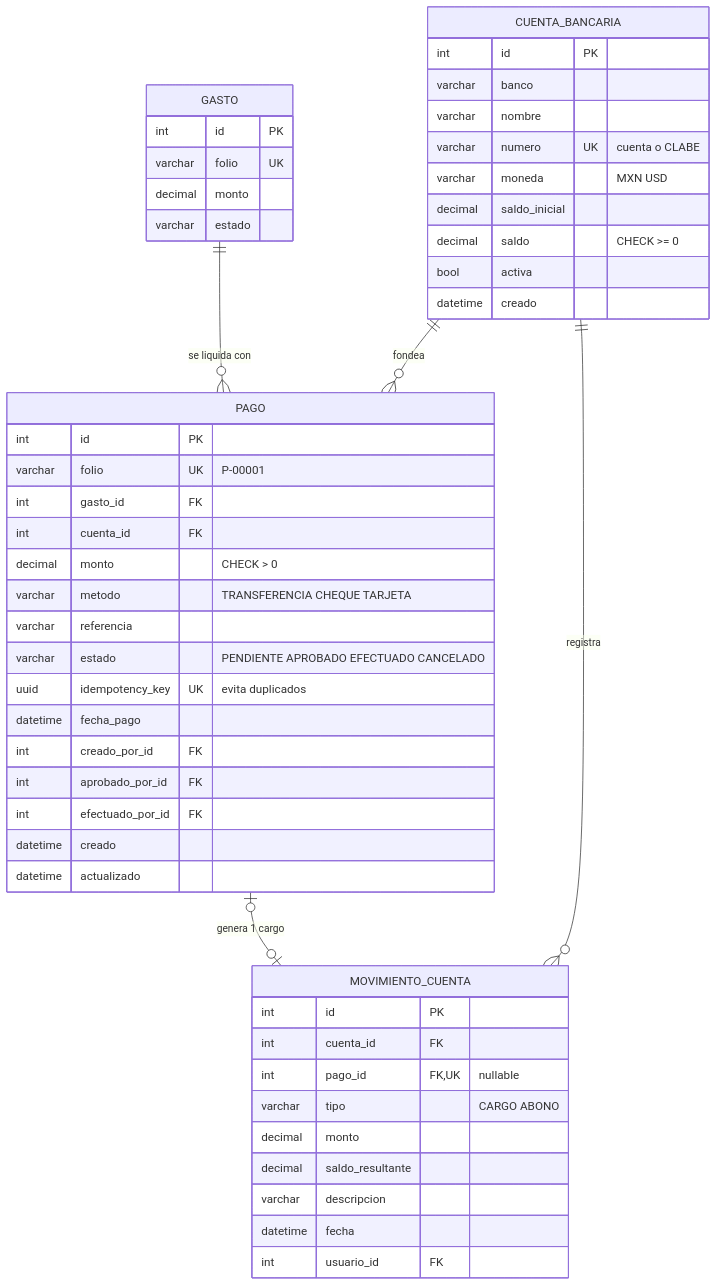
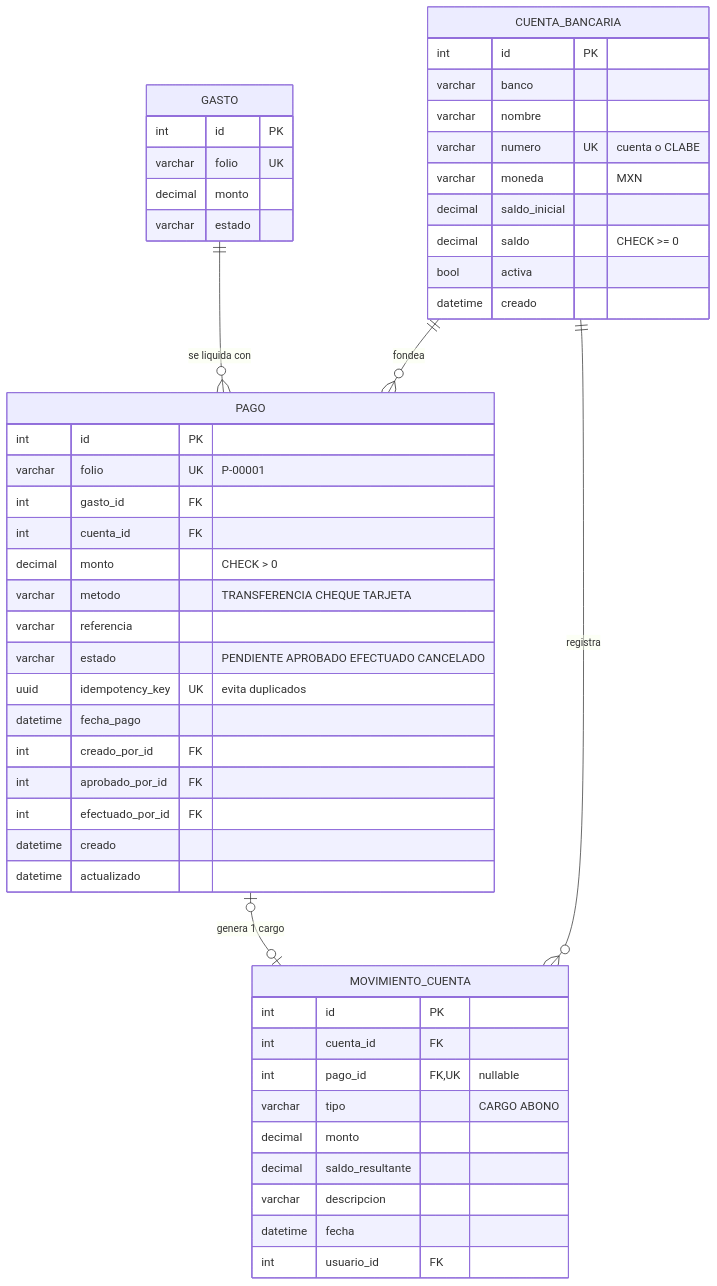
Before and after one commit to mrice2003/gastos-pagos: the diagram in docs/diagramas/er_2_pagos_cuentas.mmd, drawn with Mermaid. The commit also changed 10 other files, not shown here.

```diff
--- a/docs/diagramas/er_2_pagos_cuentas.mmd
+++ b/docs/diagramas/er_2_pagos_cuentas.mmd
@@ -1,50 +1,50 @@
 erDiagram
     GASTO ||--o{ PAGO : "se liquida con"
     CUENTA_BANCARIA ||--o{ PAGO : "fondea"
     CUENTA_BANCARIA ||--o{ MOVIMIENTO_CUENTA : "registra"
     PAGO |o--o| MOVIMIENTO_CUENTA : "genera 1 cargo"
     GASTO {
         int id PK
         varchar folio UK
         decimal monto
         varchar estado
     }
     PAGO {
         int id PK
         varchar folio UK "P-00001"
         int gasto_id FK
         int cuenta_id FK
         decimal monto "CHECK > 0"
         varchar metodo "TRANSFERENCIA CHEQUE TARJETA"
         varchar referencia
         varchar estado "PENDIENTE APROBADO EFECTUADO CANCELADO"
         uuid idempotency_key UK "evita duplicados"
         datetime fecha_pago
         int creado_por_id FK
         int aprobado_por_id FK
         int efectuado_por_id FK
         datetime creado
         datetime actualizado
     }
     CUENTA_BANCARIA {
         int id PK
         varchar banco
         varchar nombre
         varchar numero UK "cuenta o CLABE"
-        varchar moneda "MXN USD"
+        varchar moneda "MXN"
         decimal saldo_inicial
         decimal saldo "CHECK >= 0"
         bool activa
         datetime creado
     }
     MOVIMIENTO_CUENTA {
         int id PK
         int cuenta_id FK
         int pago_id FK,UK "nullable"
         varchar tipo "CARGO ABONO"
         decimal monto
         decimal saldo_resultante
         varchar descripcion
         datetime fecha
         int usuario_id FK
     }
```
